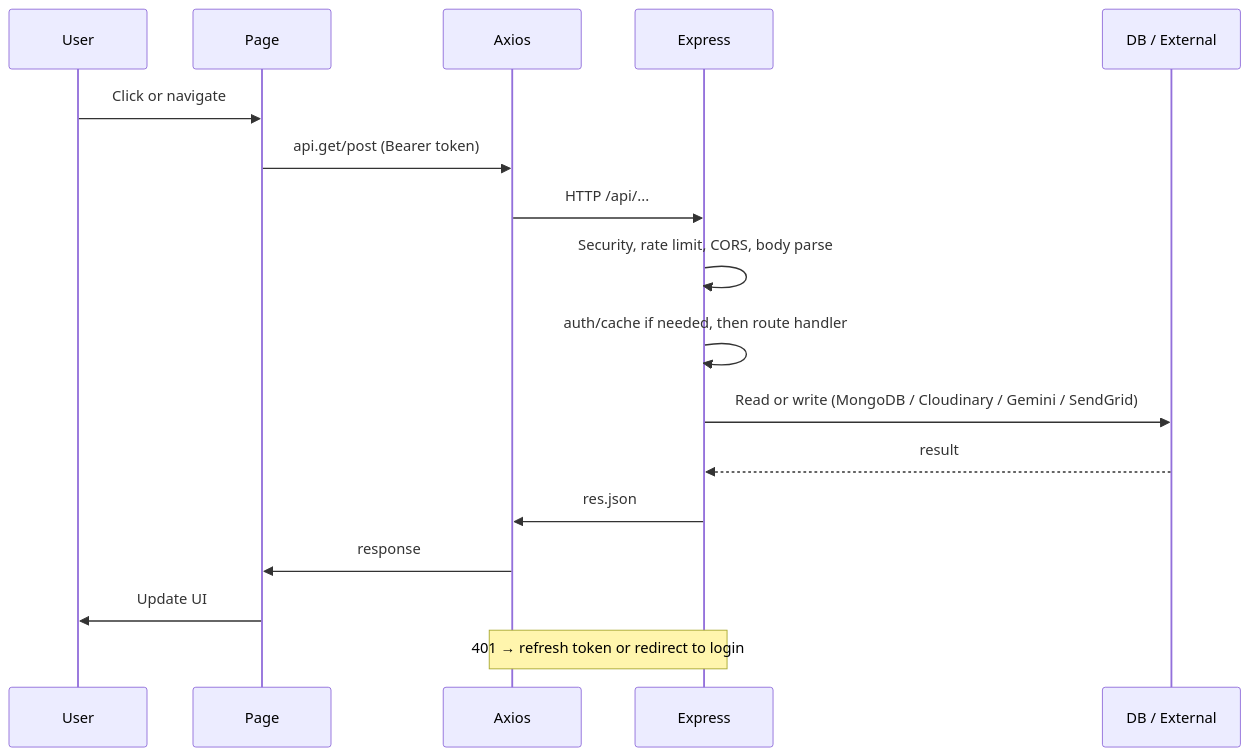
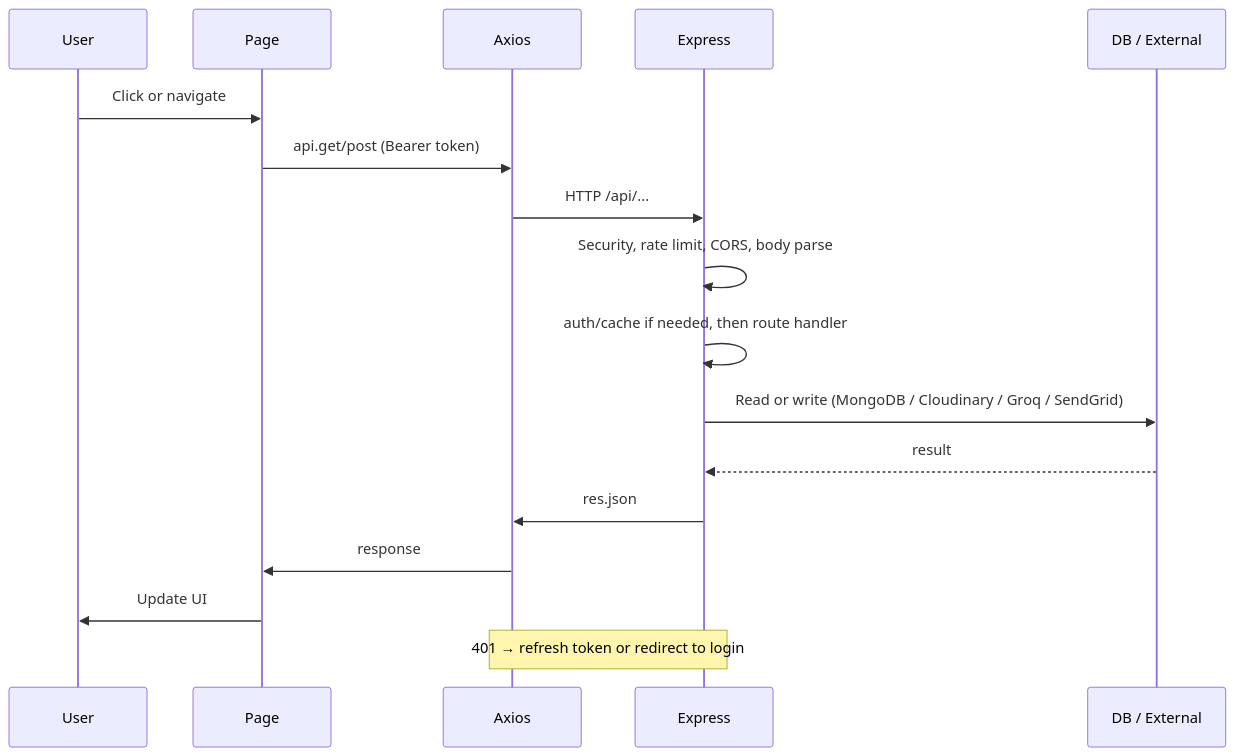
One commit to TheVish04/CAprep changed the fifth of 6 diagrams in README.md. Above: the diagram before and after it, drawn with Mermaid. The commit also changed other lines of this file and 4 other files, not shown here.

````diff
--- a/README.md
+++ b/README.md
@@ -432,23 +432,23 @@
 ```mermaid
 sequenceDiagram
     participant User
     participant Page as Page
     participant Axios as Axios
     participant Backend as Express
     participant DB as DB / External
 
     User->>Page: Click or navigate
     Page->>Axios: api.get/post (Bearer token)
     Axios->>Backend: HTTP /api/...
 
     Backend->>Backend: Security, rate limit, CORS, body parse
     Backend->>Backend: auth/cache if needed, then route handler
-    Backend->>DB: Read or write (MongoDB / Cloudinary / Gemini / SendGrid)
+    Backend->>DB: Read or write (MongoDB / Cloudinary / Groq / SendGrid)
     DB-->>Backend: result
     Backend->>Axios: res.json
 
     Axios->>Page: response
     Page->>User: Update UI
 
     Note over Axios,Backend: 401 → refresh token or redirect to login
 ```
````
